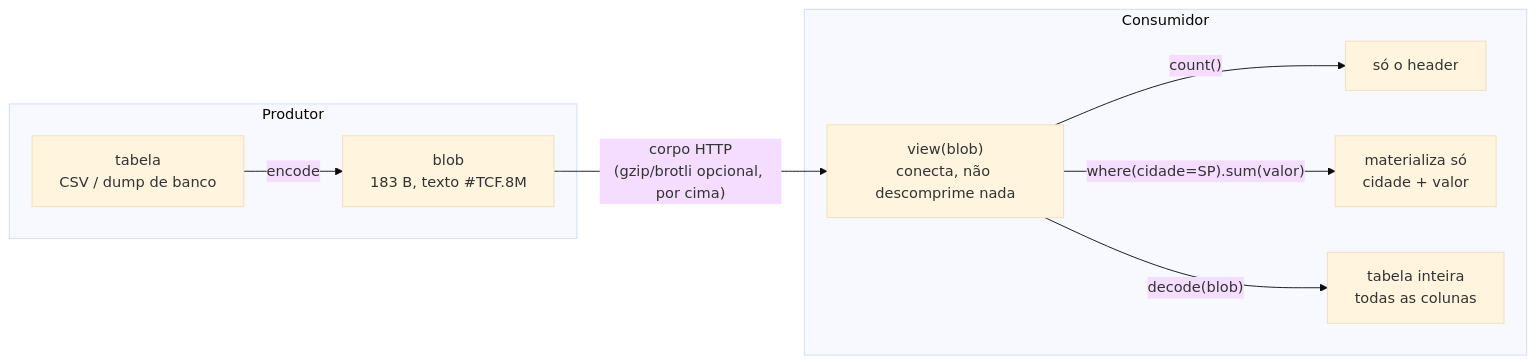
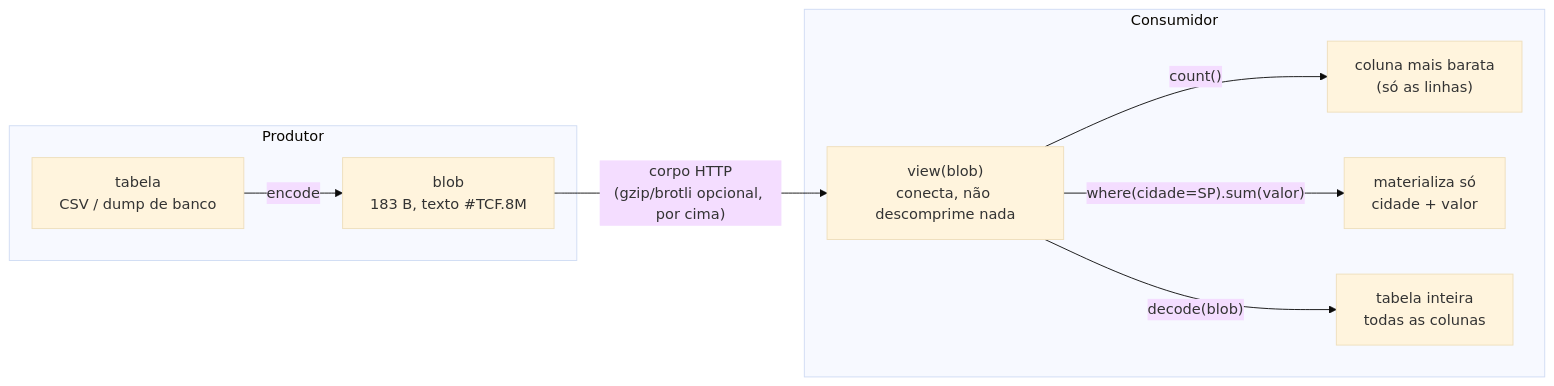
One commit to LeoPR/TCF changed the diagram in README.pt-BR.md. Above: the diagram before and after it, drawn with Mermaid (base theme). The commit also changed other lines of this file and 8 other files, not shown here.

````diff
--- a/README.pt-BR.md
+++ b/README.pt-BR.md
@@ -455,12 +458,12 @@
 ```mermaid
 flowchart LR
     subgraph Produtor
         A[tabela<br/>CSV / dump de banco] -->|encode| B["blob<br/>183 B, texto #TCF.8M"]
     end
     B -->|"corpo HTTP<br/>(gzip/brotli opcional, por cima)"| C
     subgraph Consumidor
-        C["view(blob)<br/>conecta, não descomprime nada"] -->|"count()"| D[só o header]
+        C["view(blob)<br/>conecta, não descomprime nada"] -->|"count()"| D["coluna mais barata<br/>(só as linhas)"]
         C -->|"where(cidade=SP).sum(valor)"| E["materializa só<br/>cidade + valor"]
         C -->|"decode(blob)"| F[tabela inteira<br/>todas as colunas]
     end
 ```
````
